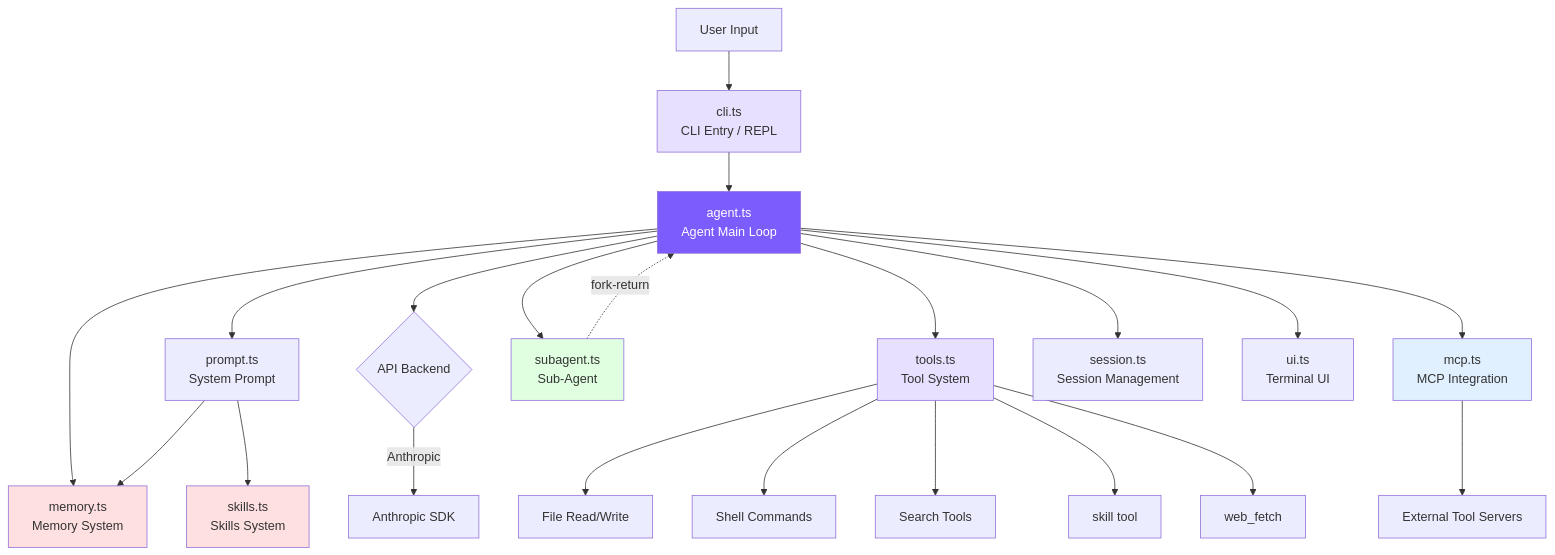
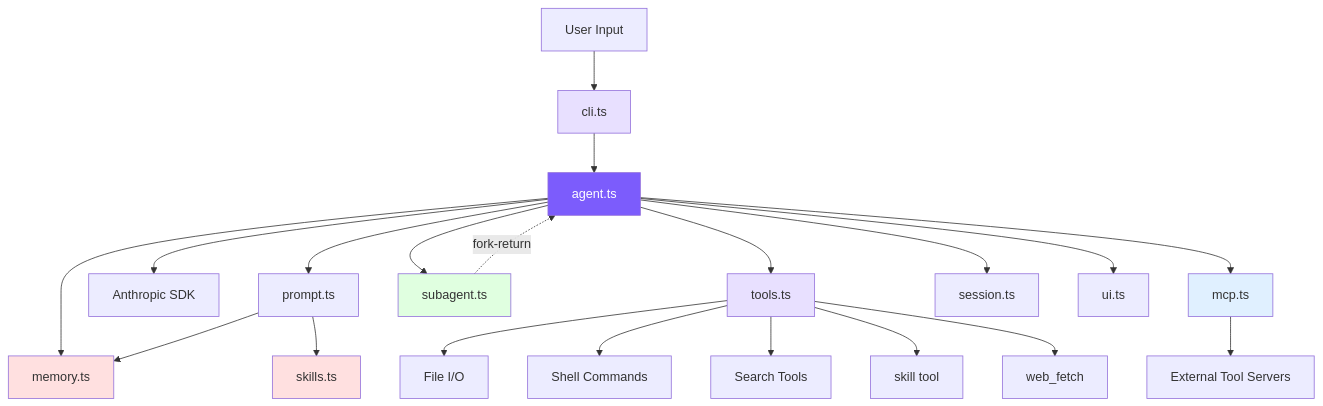
Before and after one commit to joinmouse/claude-code-mini: the diagram in en/docs/00-introduction.md, drawn with Mermaid. The commit also changed other lines of this file and 30 other files, not shown here.

````diff
--- a/en/docs/00-introduction.md
+++ b/en/docs/00-introduction.md
@@ -55,31 +11,30 @@
 ```mermaid
 graph TB
-    User[User Input] --> CLI[cli.ts<br/>CLI Entry / REPL]
-    CLI --> Agent[agent.ts<br/>Agent Main Loop]
-    Agent --> Prompt[prompt.ts<br/>System Prompt]
-    Agent --> API{API Backend}
-    API -->|Anthropic| AnthropicSDK[Anthropic SDK]
-    Agent --> Tools[tools.ts<br/>Tool System]
-    Tools --> FS[File Read/Write]
+    User[User Input] --> CLI[cli.ts]
+    CLI --> Agent[agent.ts]
+    Agent --> Prompt[prompt.ts]
+    Agent --> AnthropicSDK[Anthropic SDK]
+    Agent --> Tools[tools.ts]
+    Tools --> FS[File I/O]
     Tools --> Shell[Shell Commands]
     Tools --> Search[Search Tools]
     Tools --> SkillTool[skill tool]
     Tools --> WebFetch[web_fetch]
-    Agent --> SubAgent[subagent.ts<br/>Sub-Agent]
+    Agent --> SubAgent[subagent.ts]
     SubAgent -.->|fork-return| Agent
-    Agent --> Memory[memory.ts<br/>Memory System]
+    Agent --> Memory[memory.ts]
     Prompt --> Memory
-    Prompt --> Skills[skills.ts<br/>Skills System]
-    Agent --> MCP[mcp.ts<br/>MCP Integration]
+    Prompt --> Skills[skills.ts]
+    Agent --> MCP[mcp.ts]
     MCP --> ExtTools[External Tool Servers]
-    Agent --> Session[session.ts<br/>Session Management]
-    Agent --> UI[ui.ts<br/>Terminal UI]
+    Agent --> Session[session.ts]
+    Agent --> UI[ui.ts]
 
     style Agent fill:#7c5cfc,color:#fff
     style Tools fill:#e8e0ff
     style CLI fill:#e8e0ff
     style Memory fill:#ffe0e0
     style Skills fill:#ffe0e0
     style SubAgent fill:#e0ffe0
     style MCP fill:#e0f0ff
 ```
````
